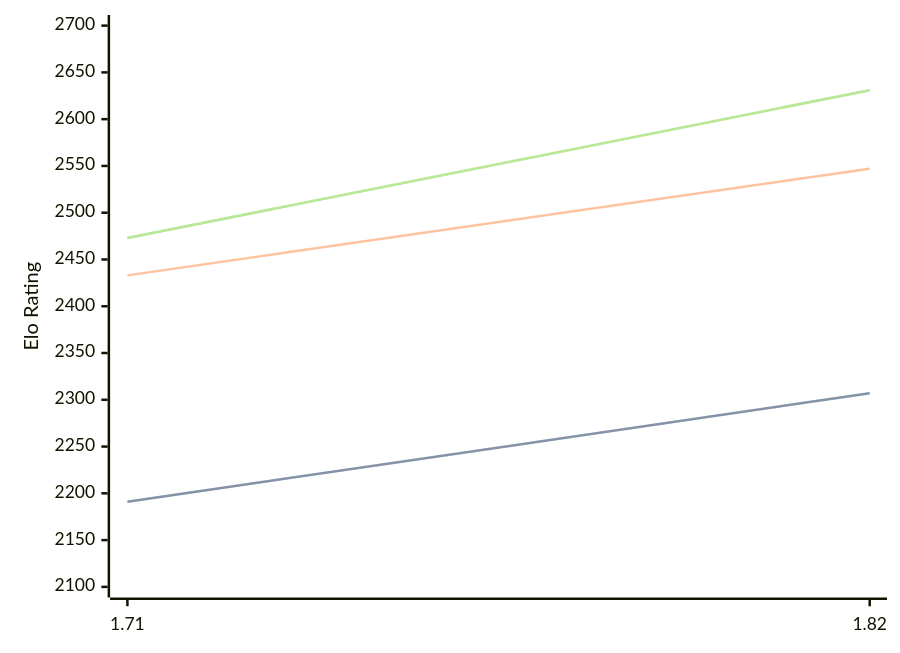
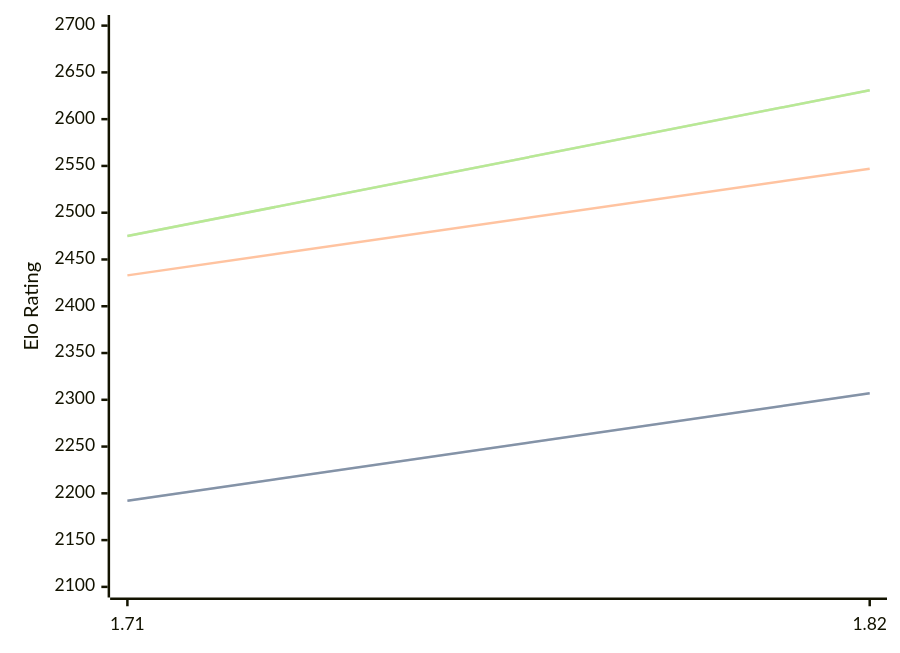
One commit to computer-chess-index/cci changed the diagram in engines/Amira.md. Above: the diagram before and after it, drawn with Mermaid. The commit also changed other lines of this file, not shown here.

Commit message:
Update CCI Ratings (ELO VLTC) - 2026-10-02

````diff
--- a/engines/Amira.md
+++ b/engines/Amira.md
@@ -32,11 +32,11 @@
 ```mermaid
 %%{init: {"theme":"base","themeVariables":{"seriesColors:['#a3a3a3','#222221','#faa371']}}}%%
 xychart-beta
   x-axis ["1.71", "1.82"]
   y-axis "Elo Rating" 2100 --> 2700
-  line "" [2191, 2307]
-  line "STC (8.0+0.08s)" [2191, 2307]
+  line "" [2192, 2307]
+  line "STC (8.0+0.08s)" [2192, 2307]
   line "LTC (60.0+0.60s)" [2433, 2547]
-  line "" [2473, 2631]
-  line "VLTC (2m24s+1.12s)" [2473, 2631]
+  line "" [2475, 2631]
+  line "VLTC (2m24s+1.12s)" [2475, 2631]
 ```
````
